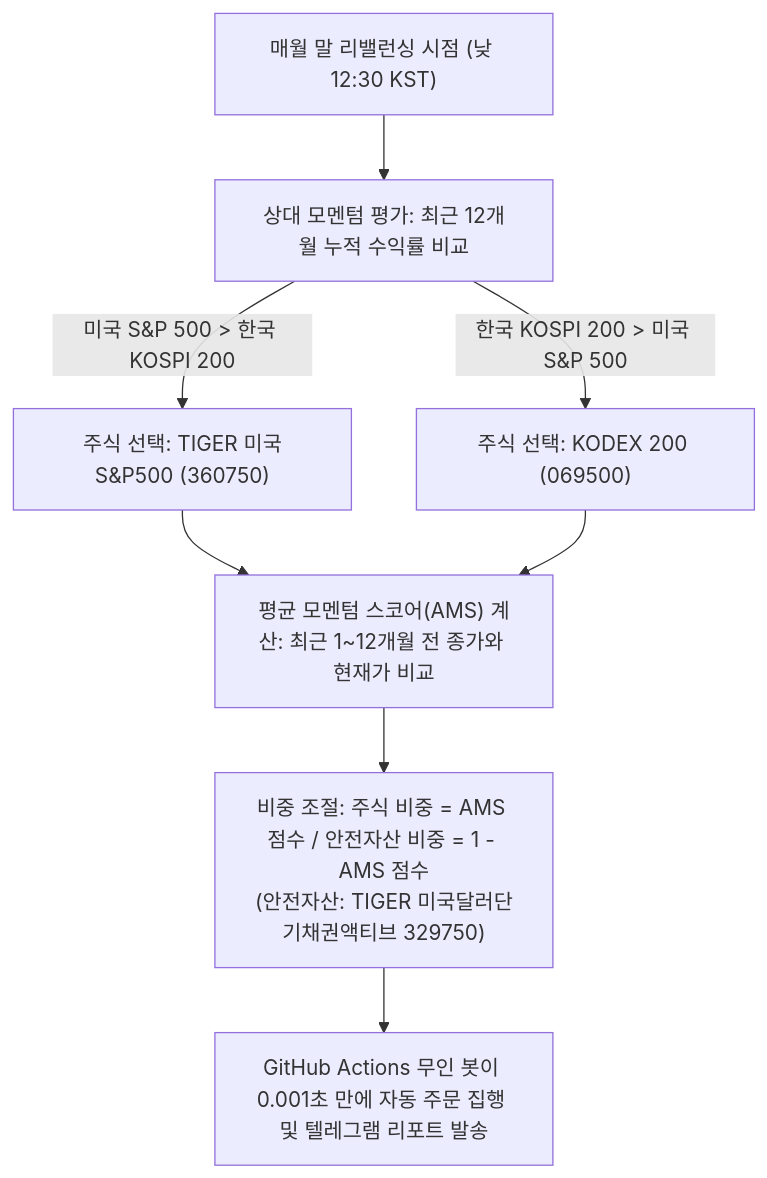
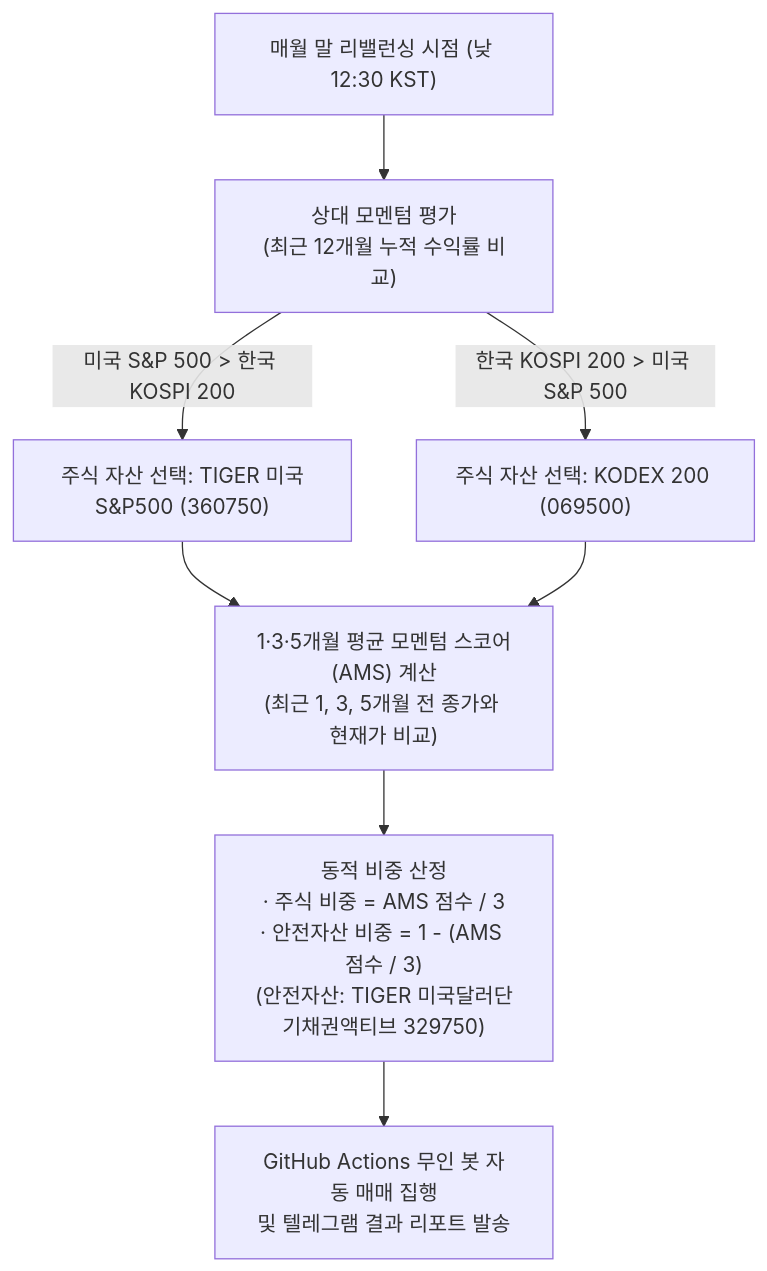
The diagram in retirement_savings_dual_momentum_guide.md (hyh54311-dev/jinhae-admission-system), drawn with Mermaid before and after one commit. The commit also changed other lines of this file, not shown here.

````diff
--- a/retirement_savings_dual_momentum_guide.md
+++ b/retirement_savings_dual_momentum_guide.md
@@ -662,10 +631,10 @@
 ```mermaid
 graph TD
-    A["매월 말 리밸런싱 시점 (낮 12:30 KST)"] --> B["상대 모멘텀 평가: 최근 12개월 누적 수익률 비교"]
-    B -- "미국 S&P 500 > 한국 KOSPI 200" --> C["주식 선택: TIGER 미국S&P500 (360750)"]
-    B -- "한국 KOSPI 200 > 미국 S&P 500" --> D["주식 선택: KODEX 200 (069500)"]
-    C --> E["평균 모멘텀 스코어(AMS) 계산: 최근 1~12개월 전 종가와 현재가 비교"]
+    A["매월 말 리밸런싱 시점 (낮 12:30 KST)"] --> B["상대 모멘텀 평가<br>(최근 12개월 누적 수익률 비교)"]
+    B -- "미국 S&P 500 > 한국 KOSPI 200" --> C["주식 자산 선택: TIGER 미국S&P500 (360750)"]
+    B -- "한국 KOSPI 200 > 미국 S&P 500" --> D["주식 자산 선택: KODEX 200 (069500)"]
+    C --> E["1·3·5개월 평균 모멘텀 스코어(AMS) 계산<br>(최근 1, 3, 5개월 전 종가와 현재가 비교)"]
     D --> E
-    E --> F["비중 조절: 주식 비중 = AMS 점수 / 안전자산 비중 = 1 - AMS 점수<br>(안전자산: TIGER 미국달러단기채권액티브 329750)"]
-    F --> G["GitHub Actions 무인 봇이 0.001초 만에 자동 주문 집행 및 텔레그램 리포트 발송"]
+    E --> F["동적 비중 산정<br>· 주식 비중 = AMS 점수 / 3<br>· 안전자산 비중 = 1 - (AMS 점수 / 3)<br>(안전자산: TIGER 미국달러단기채권액티브 329750)"]
+    F --> G["GitHub Actions 무인 봇 자동 매매 집행<br>및 텔레그램 결과 리포트 발송"]
 ```
````
